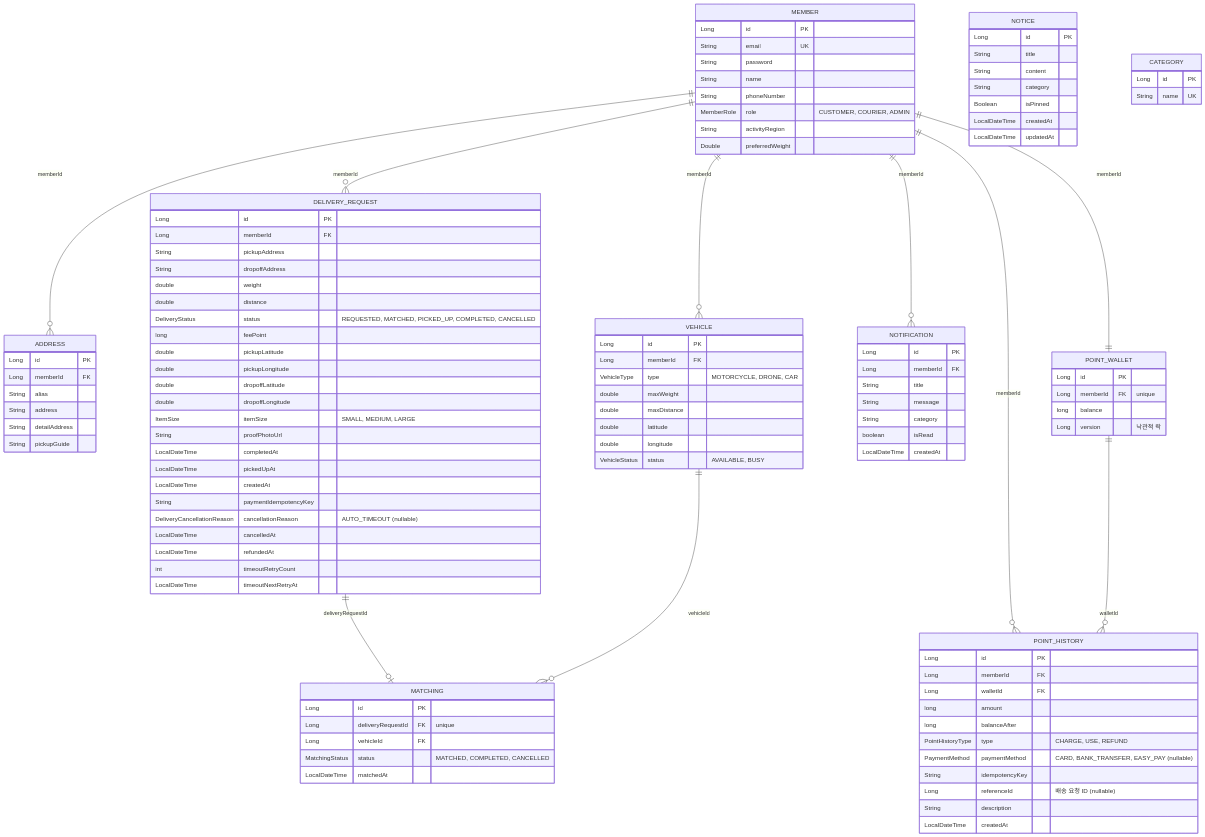
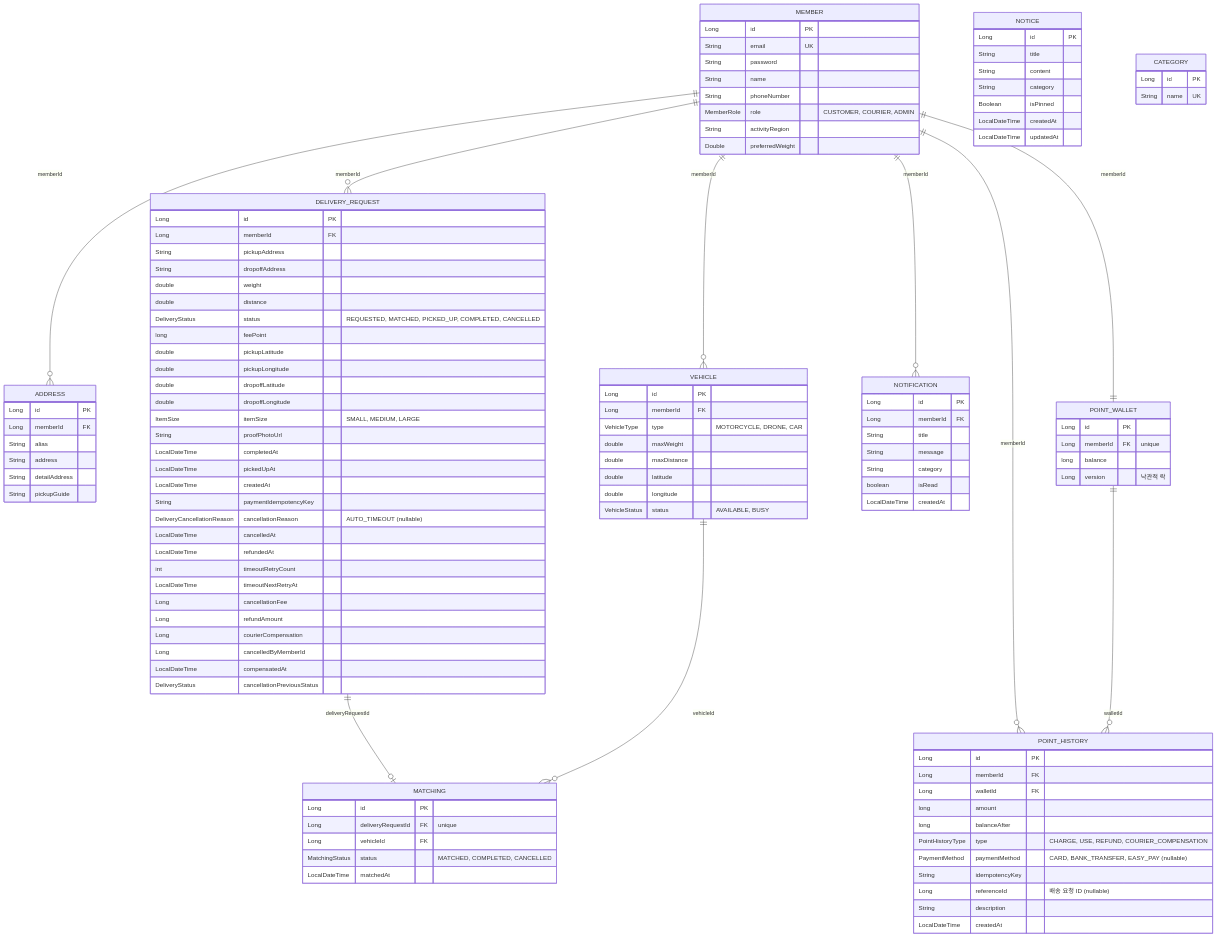
Before and after one commit to ShinhanDSProject/shinhan-delivery: the diagram in docs/architecture/ERD-데이터베이스-연관관계도.md, drawn with Mermaid. The commit also changed 27 other files, not shown here.

```diff
--- a/docs/architecture/ERD-데이터베이스-연관관계도.md
+++ b/docs/architecture/ERD-데이터베이스-연관관계도.md
@@ -97,6 +97,12 @@
         LocalDateTime refundedAt
         int timeoutRetryCount
         LocalDateTime timeoutNextRetryAt
+        Long cancellationFee
+        Long refundAmount
+        Long courierCompensation
+        Long cancelledByMemberId
+        LocalDateTime compensatedAt
+        DeliveryStatus cancellationPreviousStatus
     }
 
     MATCHING {
@@ -120,7 +126,7 @@
         Long walletId FK
         long amount
         long balanceAfter
-        PointHistoryType type "CHARGE, USE, REFUND"
+        PointHistoryType type "CHARGE, USE, REFUND, COURIER_COMPENSATION"
         PaymentMethod paymentMethod "CARD, BANK_TRANSFER, EASY_PAY (nullable)"
         String idempotencyKey
         Long referenceId "배송 요청 ID (nullable)"
```
